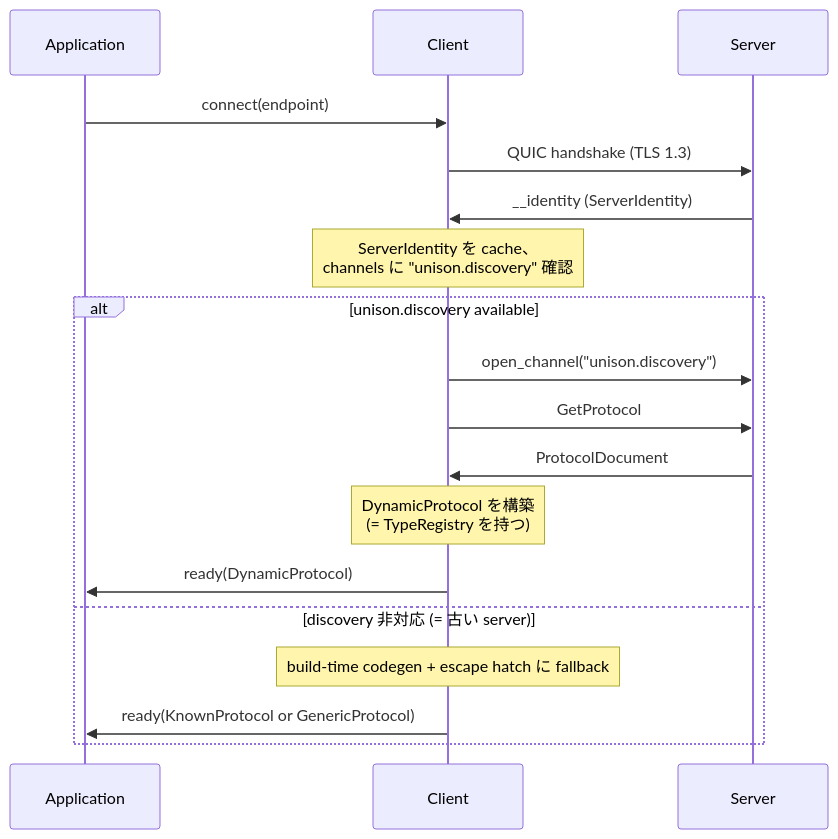
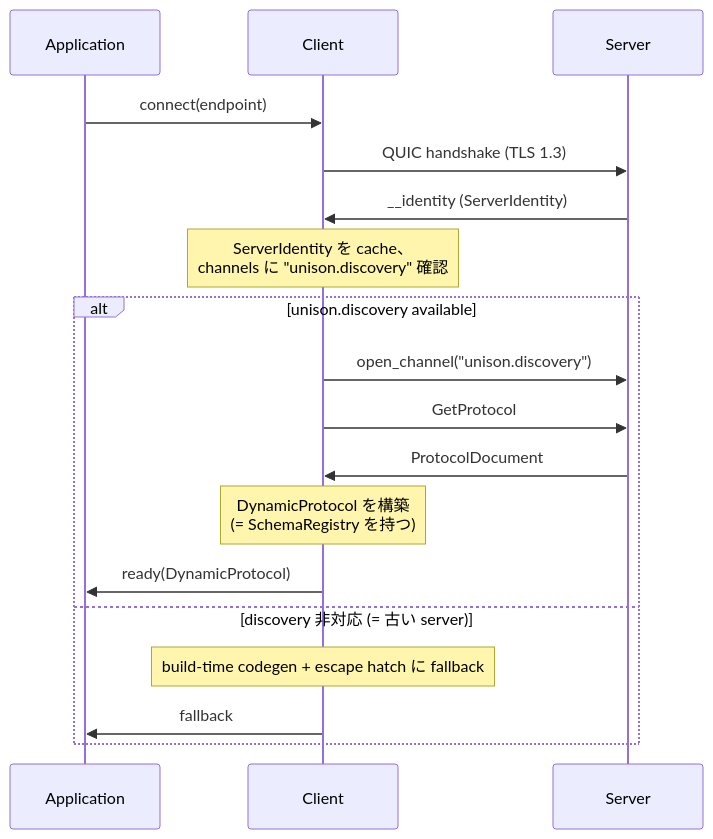
Before and after one commit to chronista-club/club-unison: the fourth of 5 diagrams in spec/04-discovery/SPEC.md, drawn with Mermaid. The commit also changed other lines of this file and 24 other files, not shown here.

````diff
--- a/spec/04-discovery/SPEC.md
+++ b/spec/04-discovery/SPEC.md
@@ -248,22 +253,22 @@
 ```mermaid
 sequenceDiagram
     participant App as Application
     participant C as Client
     participant S as Server
 
     App->>C: connect(endpoint)
     C->>S: QUIC handshake (TLS 1.3)
     S->>C: __identity (ServerIdentity)
     Note over C: ServerIdentity を cache、<br/>channels に "unison.discovery" 確認
 
     alt unison.discovery available
         C->>S: open_channel("unison.discovery")
         C->>S: GetProtocol
         S->>C: ProtocolDocument
-        Note over C: DynamicProtocol を構築<br/>(= TypeRegistry を持つ)
+        Note over C: DynamicProtocol を構築<br/>(= SchemaRegistry を持つ)
         C->>App: ready(DynamicProtocol)
     else discovery 非対応 (= 古い server)
         Note over C: build-time codegen + escape hatch に fallback
-        C->>App: ready(KnownProtocol or GenericProtocol)
+        C->>App: fallback
     end
 ```
````
